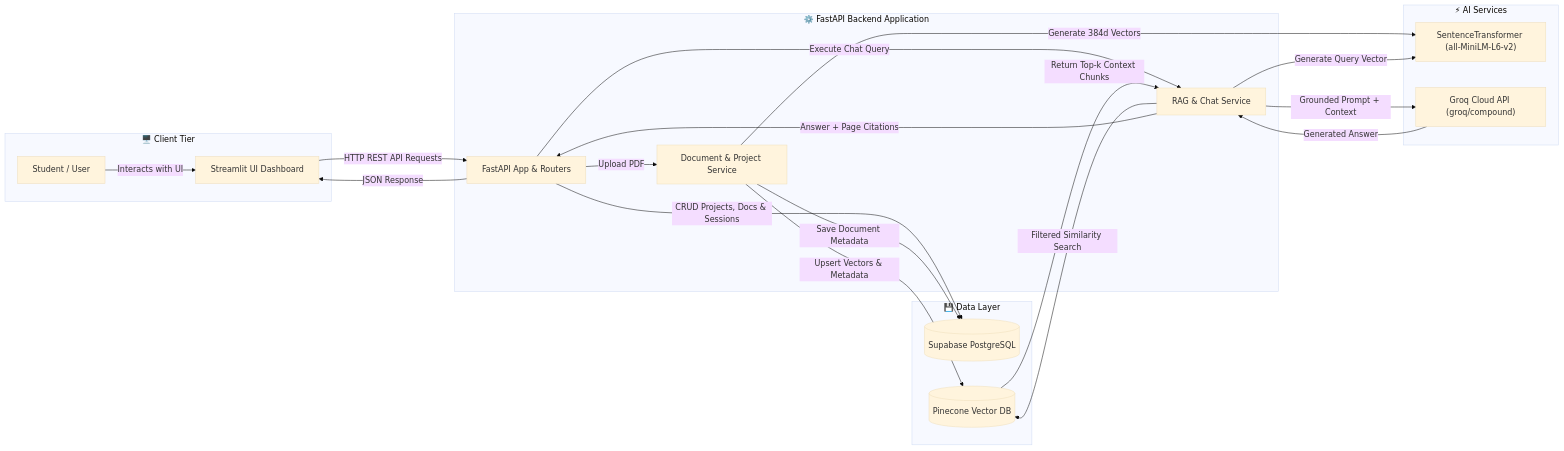
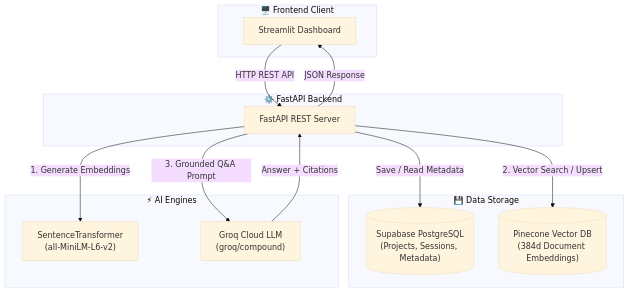
One commit to SHIBAM-GHOSH/RAG-Project changed the first of 3 diagrams in README.md. Above: the diagram before and after it, drawn with Mermaid (base theme). The commit also changed other lines of this file, not shown here.

````diff
--- a/README.md
+++ b/README.md
@@ -45,46 +45,29 @@
 ```mermaid
-flowchart LR
-    subgraph Client ["🖥️ Client Tier"]
-        User["Student / User"]
-        UI["Streamlit UI Dashboard"]
+flowchart TD
+    subgraph Client ["🖥️ Frontend Client"]
+        UI["Streamlit Dashboard"]
     end
 
-    subgraph Backend ["⚙️ FastAPI Backend Application"]
-        API["FastAPI App & Routers"]
-        DocSvc["Document & Project Service"]
-        RagSvc["RAG & Chat Service"]
+    subgraph Backend ["⚙️ FastAPI Backend"]
+        API["FastAPI REST Server"]
     end
 
-    subgraph DataLayer ["💾 Data Layer"]
-        Postgres[("Supabase PostgreSQL")]
-        Pinecone[("Pinecone Vector DB")]
+    subgraph Data ["💾 Data Storage"]
+        Postgres[("Supabase PostgreSQL\n(Projects, Sessions, Metadata)")]
+        Pinecone[("Pinecone Vector DB\n(384d Document Embeddings)")]
     end
 
-    subgraph AIServices ["⚡ AI Services"]
-        EmbedModel["SentenceTransformer (all-MiniLM-L6-v2)"]
-        GroqLLM["Groq Cloud API (groq/compound)"]
+    subgraph AI ["⚡ AI Engines"]
+        Embedder["SentenceTransformer\n(all-MiniLM-L6-v2)"]
+        Groq["Groq Cloud LLM\n(groq/compound)"]
     end
 
-    %% Client Interactions
-    User -->|"Interacts with UI"| UI
-    UI -->|"HTTP REST API Requests"| API
-
-    %% Backend to Relational DB Metadata
-    API -->|"CRUD Projects, Docs & Sessions"| Postgres
-
-    %% Document Ingestion Flow
-    API -->|"Upload PDF"| DocSvc
-    DocSvc -->|"Generate 384d Vectors"| EmbedModel
-    DocSvc -->|"Upsert Vectors & Metadata"| Pinecone
-    DocSvc -->|"Save Document Metadata"| Postgres
-
-    %% RAG Retrieval Flow
-    API -->|"Execute Chat Query"| RagSvc
-    RagSvc -->|"Generate Query Vector"| EmbedModel
-    RagSvc -->|"Filtered Similarity Search"| Pinecone
-    Pinecone -->|"Return Top-k Context Chunks"| RagSvc
-    RagSvc -->|"Grounded Prompt + Context"| GroqLLM
-    GroqLLM -->|"Generated Answer"| RagSvc
-    RagSvc -->|"Answer + Page Citations"| API
+    %% Connections
+    UI -->|"HTTP REST API"| API
+    API -->|"Save / Read Metadata"| Postgres
+    API -->|"1. Generate Embeddings"| Embedder
+    API -->|"2. Vector Search / Upsert"| Pinecone
+    API -->|"3. Grounded Q&A Prompt"| Groq
+    Groq -->|"Answer + Citations"| API
     API -->|"JSON Response"| UI
 ```
````
